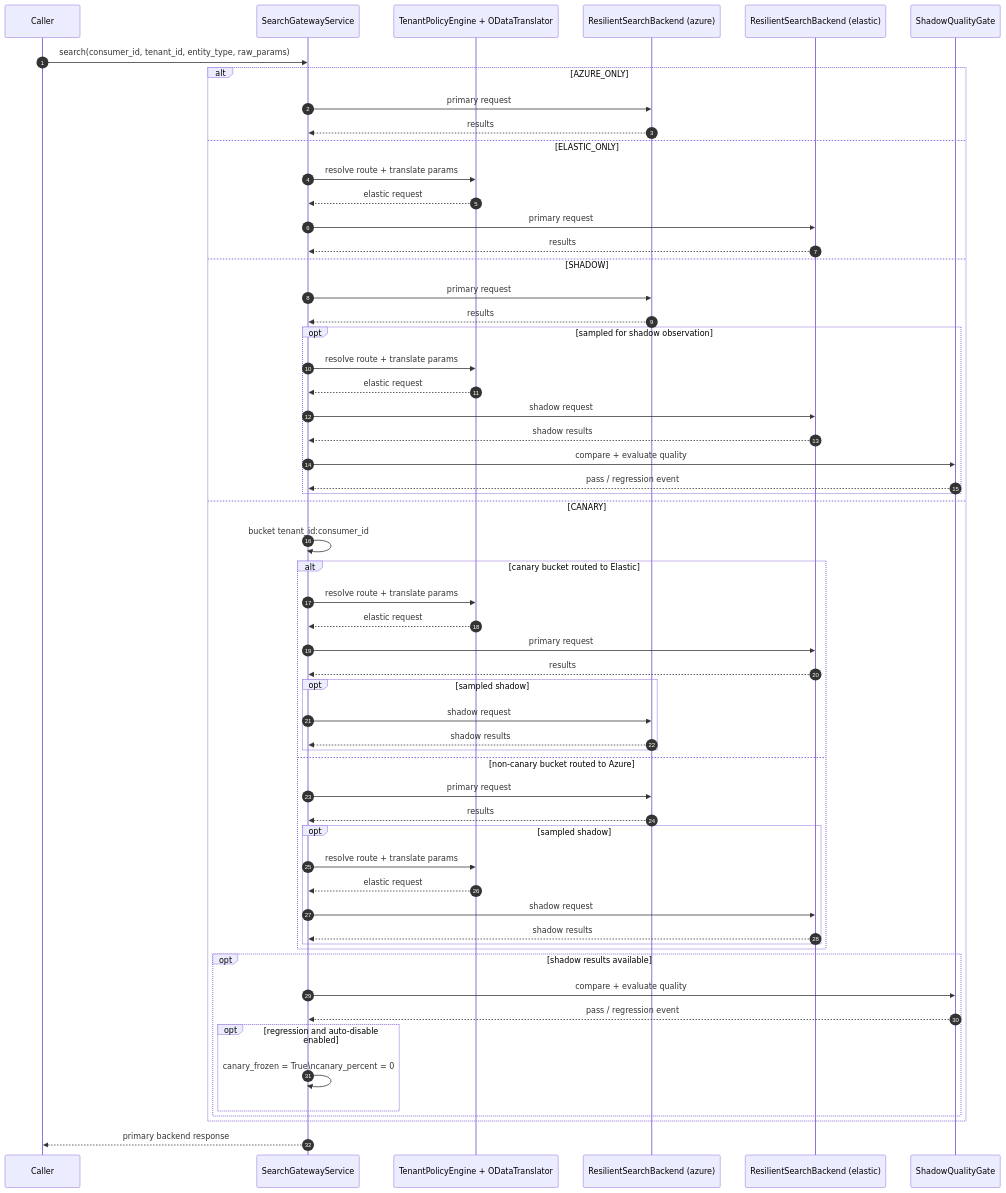
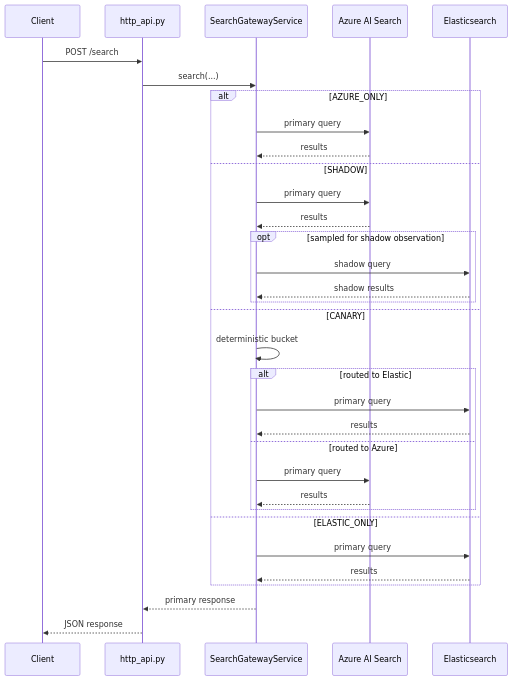
One commit to adarch-gif/unified_modernization_platform changed the second of 2 diagrams in DEVELOPER_GUIDE.md. Above: the diagram before and after it, drawn with Mermaid. The commit also changed other lines of this file and 6 other files, not shown here.

````diff
--- a/DEVELOPER_GUIDE.md
+++ b/DEVELOPER_GUIDE.md
@@ -1428,63 +179,36 @@
 ```mermaid
 sequenceDiagram
-    autonumber
-    participant Caller
-    participant Gateway as SearchGatewayService
-    participant Policy as TenantPolicyEngine + ODataTranslator
-    participant Azure as ResilientSearchBackend (azure)
-    participant Elastic as ResilientSearchBackend (elastic)
-    participant Gate as ShadowQualityGate
+    participant Client
+    participant Gateway as http_api.py
+    participant Service as SearchGatewayService
+    participant Azure as Azure AI Search
+    participant Elastic as Elasticsearch
 
-    Caller->>Gateway: search(consumer_id, tenant_id, entity_type, raw_params)
-
+    Client->>Gateway: POST /search
+    Gateway->>Service: search(...)
     alt AZURE_ONLY
-        Gateway->>Azure: primary request
-        Azure-->>Gateway: results
-    else ELASTIC_ONLY
-        Gateway->>Policy: resolve route + translate params
-        Policy-->>Gateway: elastic request
-        Gateway->>Elastic: primary request
-        Elastic-->>Gateway: results
+        Service->>Azure: primary query
+        Azure-->>Service: results
     else SHADOW
-        Gateway->>Azure: primary request
-        Azure-->>Gateway: results
+        Service->>Azure: primary query
+        Azure-->>Service: results
         opt sampled for shadow observation
-            Gateway->>Policy: resolve route + translate params
-            Policy-->>Gateway: elastic request
-            Gateway->>Elastic: shadow request
-            Elastic-->>Gateway: shadow results
-            Gateway->>Gate: compare + evaluate quality
-            Gate-->>Gateway: pass / regression event
+            Service->>Elastic: shadow query
+            Elastic-->>Service: shadow results
         end
     else CANARY
-        Gateway->>Gateway: bucket tenant_id:consumer_id
-        alt canary bucket routed to Elastic
-            Gateway->>Policy: resolve route + translate params
-            Policy-->>Gateway: elastic request
-            Gateway->>Elastic: primary request
-            Elastic-->>Gateway: results
-            opt sampled shadow
-                Gateway->>Azure: shadow request
-                Azure-->>Gateway: shadow results
-            end
-        else non-canary bucket routed to Azure
-            Gateway->>Azure: primary request
-            Azure-->>Gateway: results
-            opt sampled shadow
-                Gateway->>Policy: resolve route + translate params
-                Policy-->>Gateway: elastic request
-                Gateway->>Elastic: shadow request
-                Elastic-->>Gateway: shadow results
-            end
+        Service->>Service: deterministic bucket
+        alt routed to Elastic
+            Service->>Elastic: primary query
+            Elastic-->>Service: results
+        else routed to Azure
+            Service->>Azure: primary query
+            Azure-->>Service: results
         end
-        opt shadow results available
-            Gateway->>Gate: compare + evaluate quality
-            Gate-->>Gateway: pass / regression event
-            opt regression and auto-disable enabled
-                Gateway->>Gateway: canary_frozen = True\ncanary_percent = 0
-            end
-        end
+    else ELASTIC_ONLY
+        Service->>Elastic: primary query
+        Elastic-->>Service: results
     end
-
-    Gateway-->>Caller: primary backend response
+    Service-->>Gateway: primary response
+    Gateway-->>Client: JSON response
 ```
````
